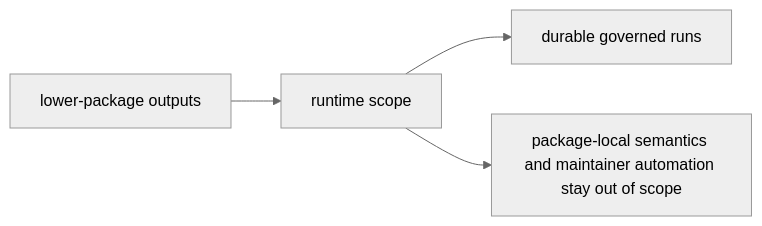
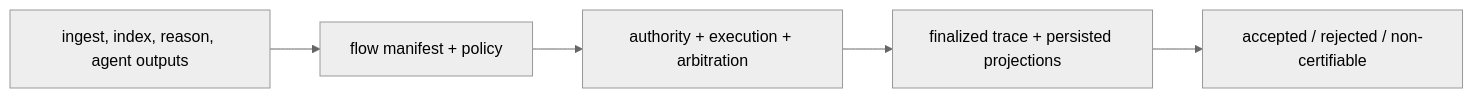
One commit to bijux/bijux-canon changed the diagram in docs/06-bijux-canon-runtime/foundation/scope-and-non-goals.md. Above: the diagram before and after it, drawn with Mermaid (neutral theme). The commit also changed other lines of this file and 2 other files, not shown here.

Commit message:
docs(runtime): define governed flow authority

````diff
--- a/docs/06-bijux-canon-runtime/foundation/scope-and-non-goals.md
+++ b/docs/06-bijux-canon-runtime/foundation/scope-and-non-goals.md
@@ -16,10 +17,10 @@
 ```mermaid
 flowchart LR
-    inputs["lower-package outputs"]
-    scope["runtime scope"]
-    records["durable governed runs"]
-    refuse["package-local semantics and maintainer automation stay out of scope"]
+    lower["ingest, index, reason, agent outputs"]
+    manifest["flow manifest + policy"]
+    runtime["authority + execution + arbitration"]
+    record["finalized trace + persisted projections"]
+    verdict["accepted / rejected / non-certifiable"]
 
-    inputs --> scope --> records
-    scope --> refuse
+    lower --> manifest --> runtime --> record --> verdict
 ```
````
